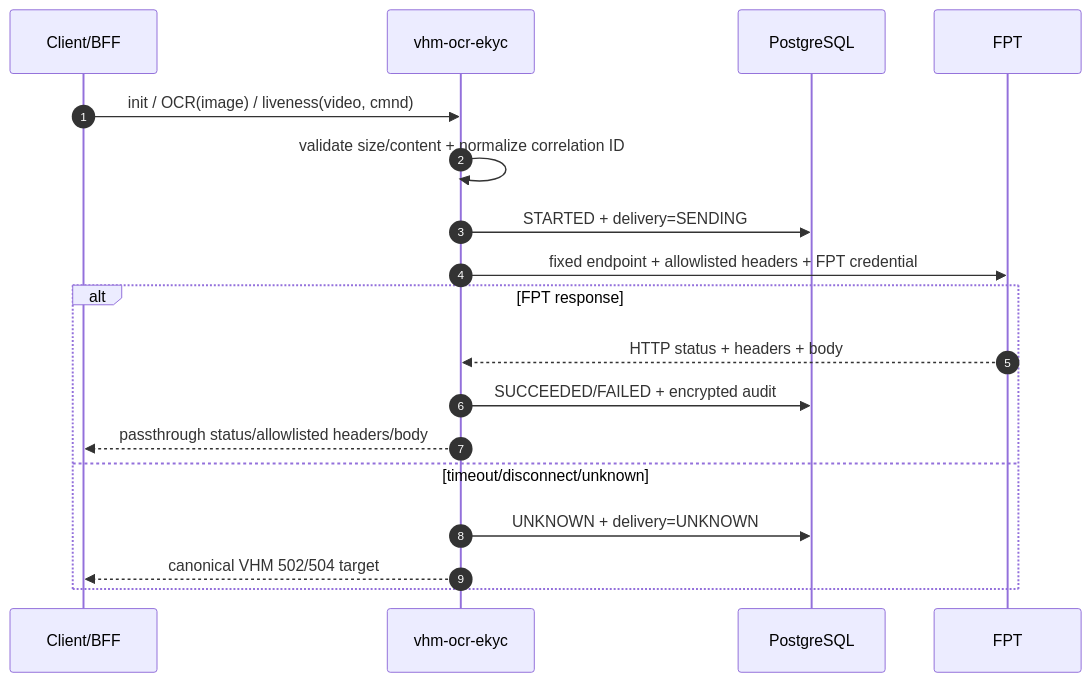
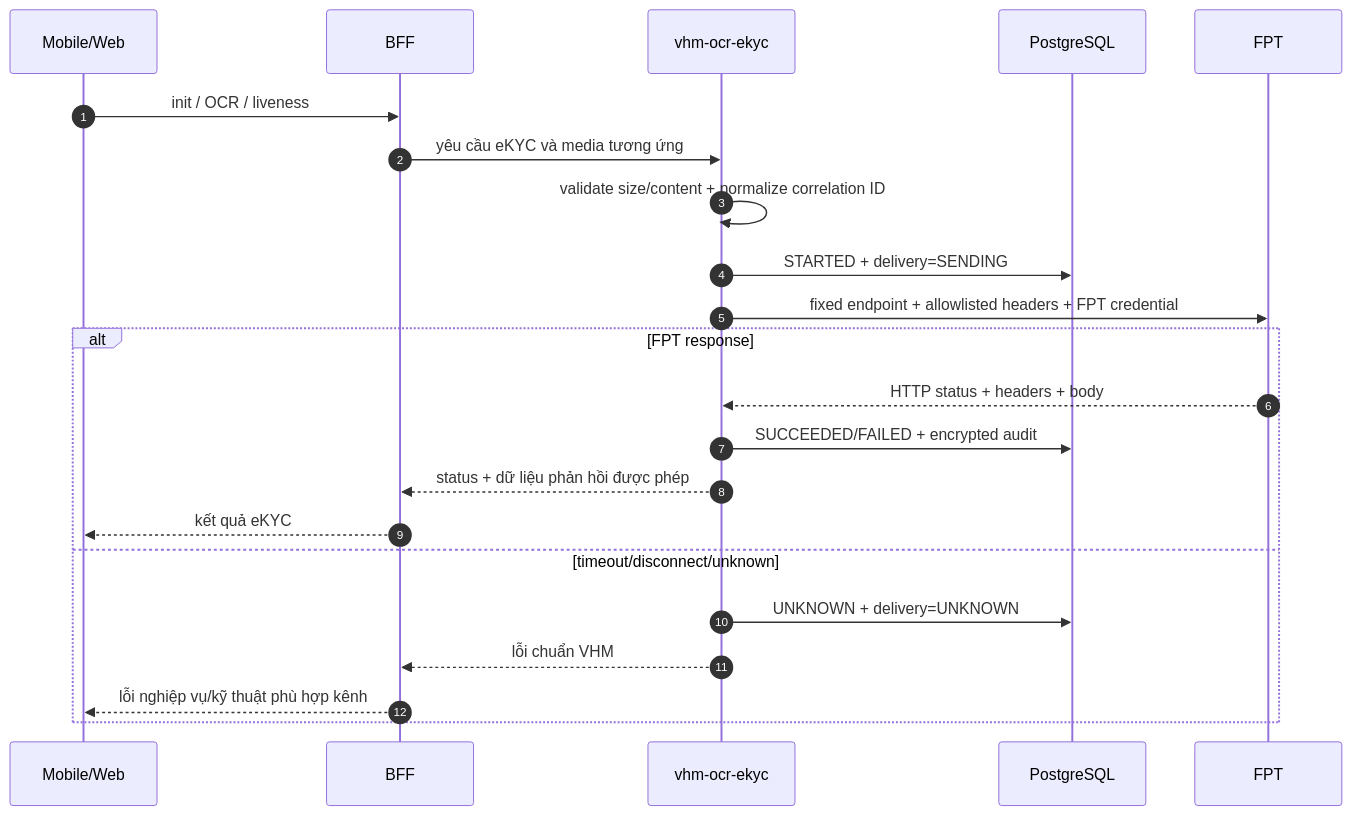
Diagram 11 of 12 in tdd-ocr-ekyc.md (huynv-xyz/vhm), drawn with Mermaid before and after one commit. The commit also changed other lines of this file, not shown here.

````diff
--- a/tdd-ocr-ekyc.md
+++ b/tdd-ocr-ekyc.md
@@ -955,21 +973,25 @@
 ```mermaid
 sequenceDiagram
     autonumber
-    participant C as Client/BFF
+    participant C as Mobile/Web
+    participant B as BFF
     participant E as vhm-ocr-ekyc
     participant D as PostgreSQL
     participant F as FPT
 
-    C->>E: init / OCR(image) / liveness(video, cmnd)
+    C->>B: init / OCR / liveness
+    B->>E: yêu cầu eKYC và media tương ứng
     E->>E: validate size/content + normalize correlation ID
     E->>D: STARTED + delivery=SENDING
     E->>F: fixed endpoint + allowlisted headers + FPT credential
     alt FPT response
         F-->>E: HTTP status + headers + body
         E->>D: SUCCEEDED/FAILED + encrypted audit
-        E-->>C: passthrough status/allowlisted headers/body
+        E-->>B: status + dữ liệu phản hồi được phép
+        B-->>C: kết quả eKYC
     else timeout/disconnect/unknown
         E->>D: UNKNOWN + delivery=UNKNOWN
-        E-->>C: canonical VHM 502/504 target
+        E-->>B: lỗi chuẩn VHM
+        B-->>C: lỗi nghiệp vụ/kỹ thuật phù hợp kênh
     end
 ```
````
